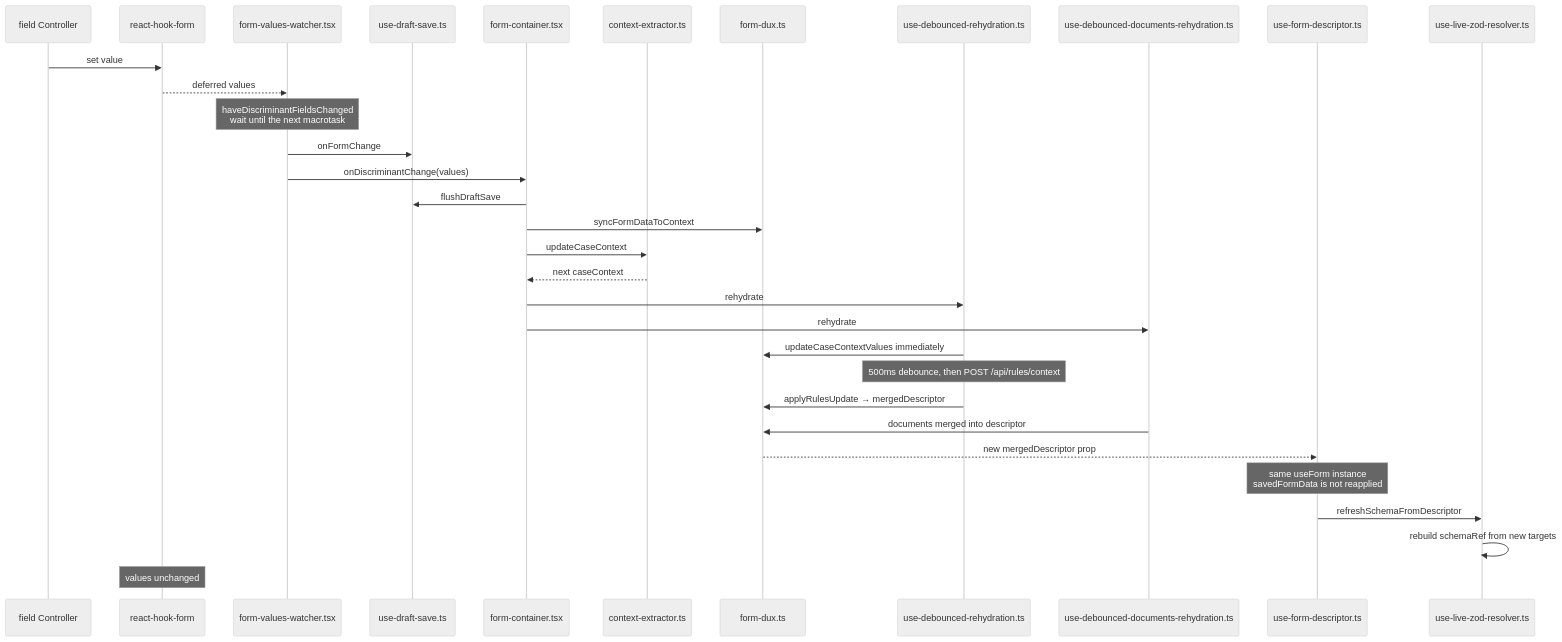
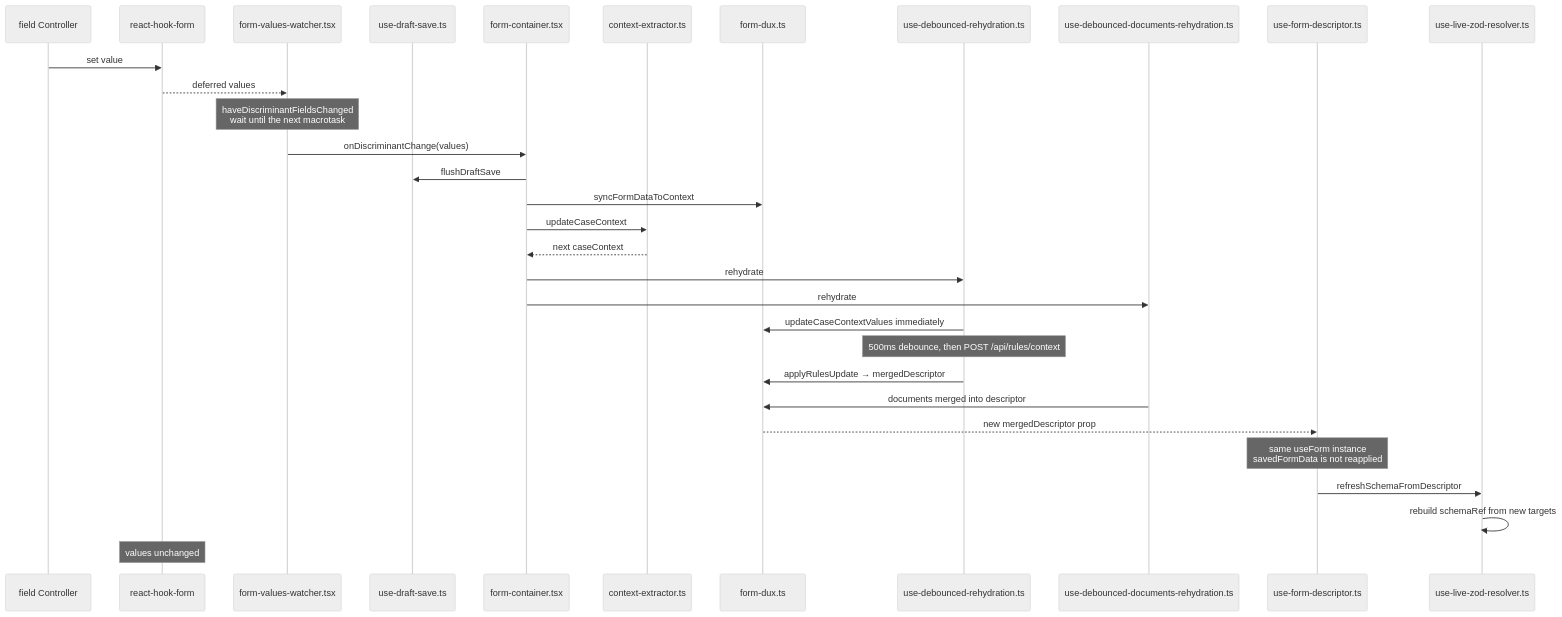
One commit to heditr/form-gen changed the fifth of 7 diagrams in docs/thin-center-form-engine.md. Above: the diagram before and after it, drawn with Mermaid (neutral theme). The commit also changed other lines of this file and 16 other files, not shown here.

First line of the commit message:
feat(form): validate and draft on blur

````diff
--- a/docs/thin-center-form-engine.md
+++ b/docs/thin-center-form-engine.md
@@ -294,39 +281,38 @@
 ```mermaid
 sequenceDiagram
   participant Field as field Controller
   participant RHF as react-hook-form
   participant Watcher as form-values-watcher.tsx
   participant Draft as use-draft-save.ts
   participant Container as form-container.tsx
   participant Extract as context-extractor.ts
   participant Redux as form-dux.ts
   participant Rules as use-debounced-rehydration.ts
   participant Docs as use-debounced-documents-rehydration.ts
   participant Hook as use-form-descriptor.ts
   participant Live as use-live-zod-resolver.ts
 
   Field->>RHF: set value
   RHF-->>Watcher: deferred values
   Note over Watcher: haveDiscriminantFieldsChanged<br/>wait until the next macrotask
 
-  Watcher->>Draft: onFormChange
   Watcher->>Container: onDiscriminantChange(values)
 
   Container->>Draft: flushDraftSave
   Container->>Redux: syncFormDataToContext
   Container->>Extract: updateCaseContext
   Extract-->>Container: next caseContext
   Container->>Rules: rehydrate
   Container->>Docs: rehydrate
 
   Rules->>Redux: updateCaseContextValues immediately
   Note over Rules: 500ms debounce, then POST /api/rules/context
   Rules->>Redux: applyRulesUpdate → mergedDescriptor
   Docs->>Redux: documents merged into descriptor
 
   Redux-->>Hook: new mergedDescriptor prop
   Note over Hook: same useForm instance<br/>savedFormData is not reapplied
   Hook->>Live: refreshSchemaFromDescriptor
   Live->>Live: rebuild schemaRef from new targets
   Note over RHF: values unchanged
 ```
````
